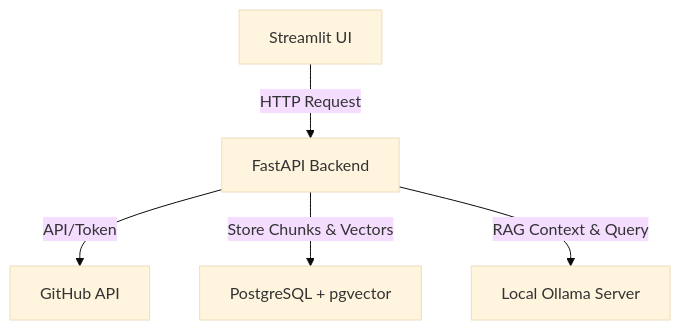
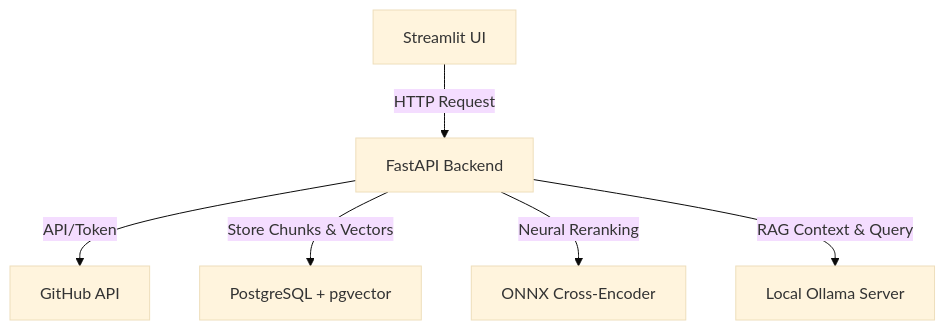
One commit to harveenkaur282-web/RepoMind-AI changed the diagram in README.md. Above: the diagram before and after it, drawn with Mermaid (base theme). The commit also changed other lines of this file and 11 other files, not shown here.

````diff
--- a/README.md
+++ b/README.md
@@ -130,7 +124,8 @@
 ```mermaid
 graph TD
     A[Streamlit UI] -->|HTTP Request| B[FastAPI Backend]
     B -->|API/Token| C[GitHub API]
     B -->|Store Chunks & Vectors| E[PostgreSQL + pgvector]
+    B -->|Neural Reranking| R[ONNX Cross-Encoder]
     B -->|RAG Context & Query| F[Local Ollama Server]
 ```
````
